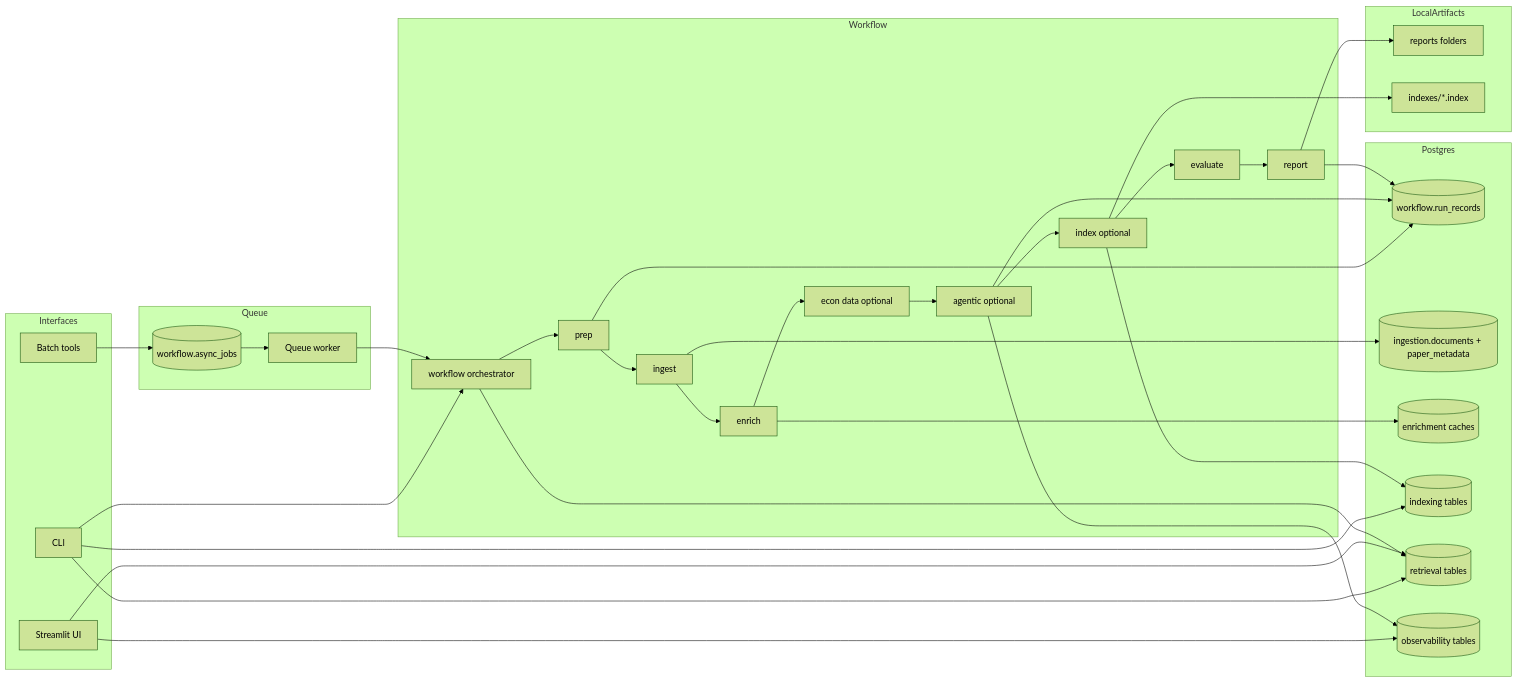
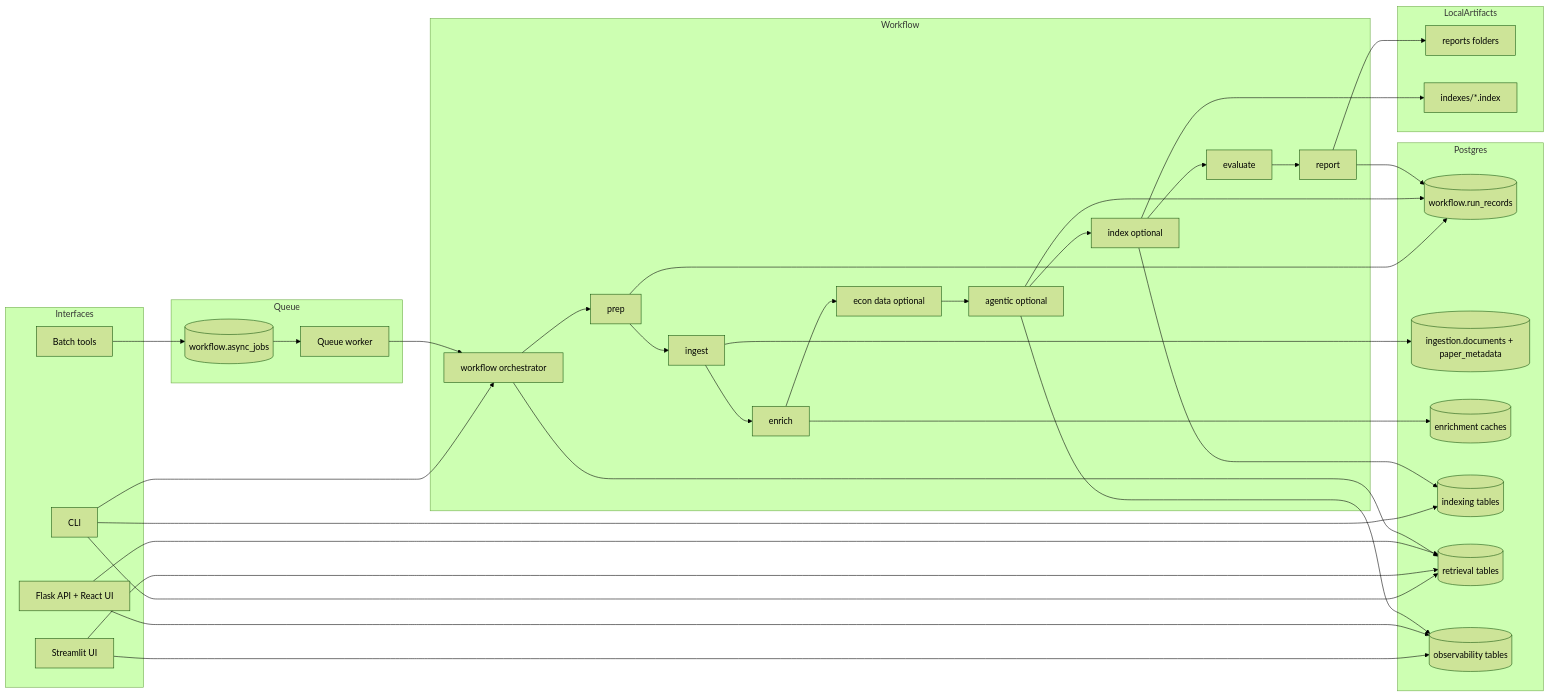
Before and after one commit to badbayesian/ragonometrics: the diagram in docs/architecture/architecture.md, drawn with Mermaid (forest theme). The commit also changed other lines of this file and 91 other files, not shown here.

Commit message:
Implement workflow cache exposure in web app and continue Flask migration

````diff
--- a/docs/architecture/architecture.md
+++ b/docs/architecture/architecture.md
@@ -11,58 +11,61 @@
 ```mermaid
 flowchart LR
   subgraph Interfaces
     CLI[CLI]
     UI[Streamlit UI]
+    WEB[Flask API + React UI]
     BATCH[Batch tools]
   end
 
   subgraph Queue
     Q[(workflow.async_jobs)]
     WKR[Queue worker]
   end
 
   subgraph Workflow
     WF[workflow orchestrator]
     PREP[prep]
     INGEST[ingest]
     ENRICH[enrich]
     ECON[econ data optional]
     AGENTIC[agentic optional]
     INDEX[index optional]
     EVAL[evaluate]
     REPORT[report]
   end
 
   subgraph Postgres
     RUNREC[(workflow.run_records)]
     DOC[(ingestion.documents + paper_metadata)]
     ENRC[(enrichment caches)]
     IDXT[(indexing tables)]
     RET[(retrieval tables)]
     OBS[(observability tables)]
   end
 
   subgraph LocalArtifacts
     RPT[reports folders]
     FAISS[indexes/*.index]
   end
 
   CLI --> WF
   CLI --> RET
   CLI --> IDXT
   UI --> RET
   UI --> OBS
+  WEB --> RET
+  WEB --> OBS
   BATCH --> Q --> WKR --> WF
 
   WF --> PREP --> INGEST --> ENRICH --> ECON --> AGENTIC --> INDEX --> EVAL --> REPORT
   PREP --> RUNREC
   INGEST --> DOC
   ENRICH --> ENRC
   AGENTIC --> RUNREC
   AGENTIC --> OBS
   INDEX --> IDXT
   INDEX --> FAISS
   WF --> RET
   REPORT --> RUNREC
   REPORT --> RPT
 ```
````
